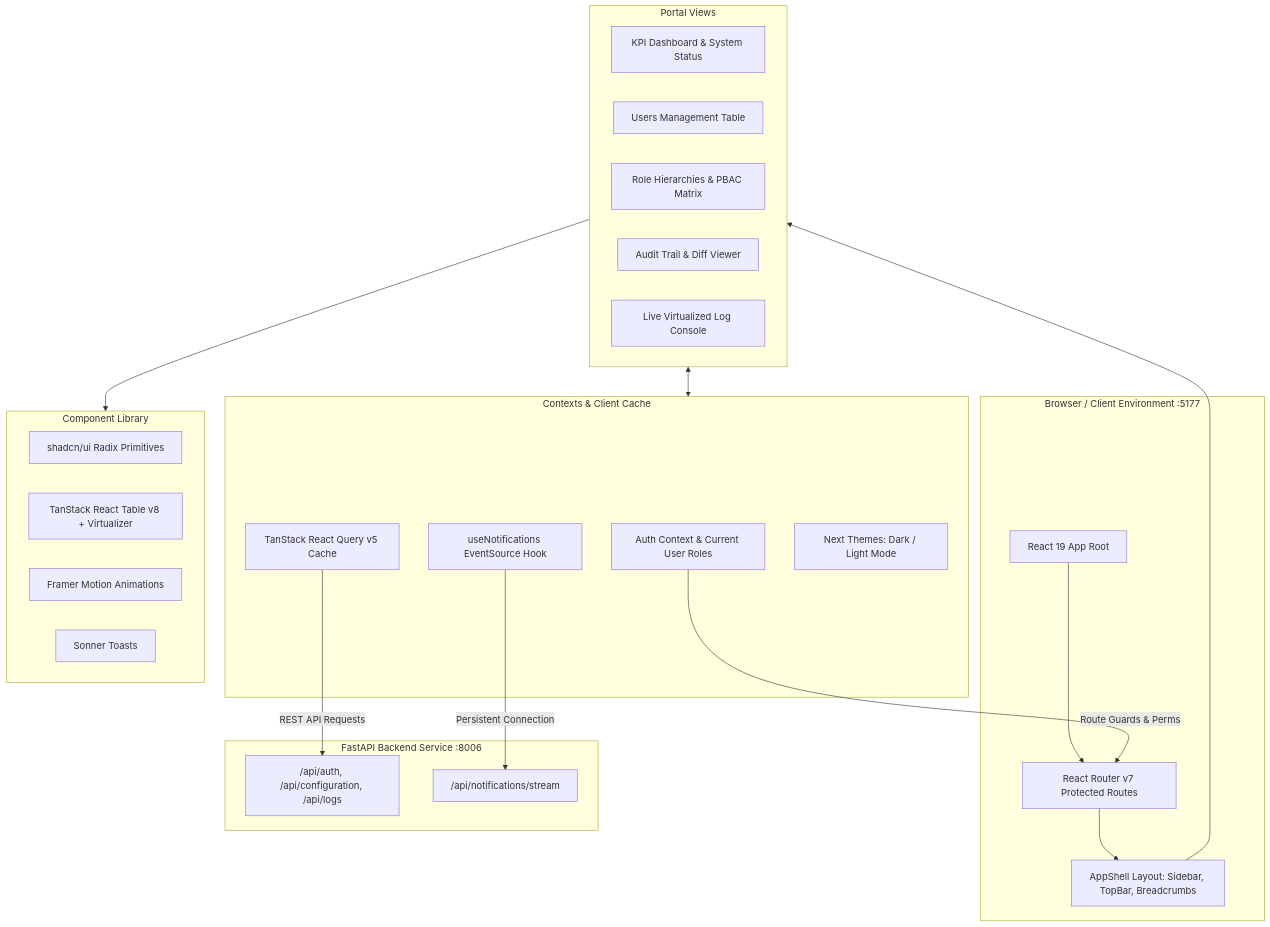
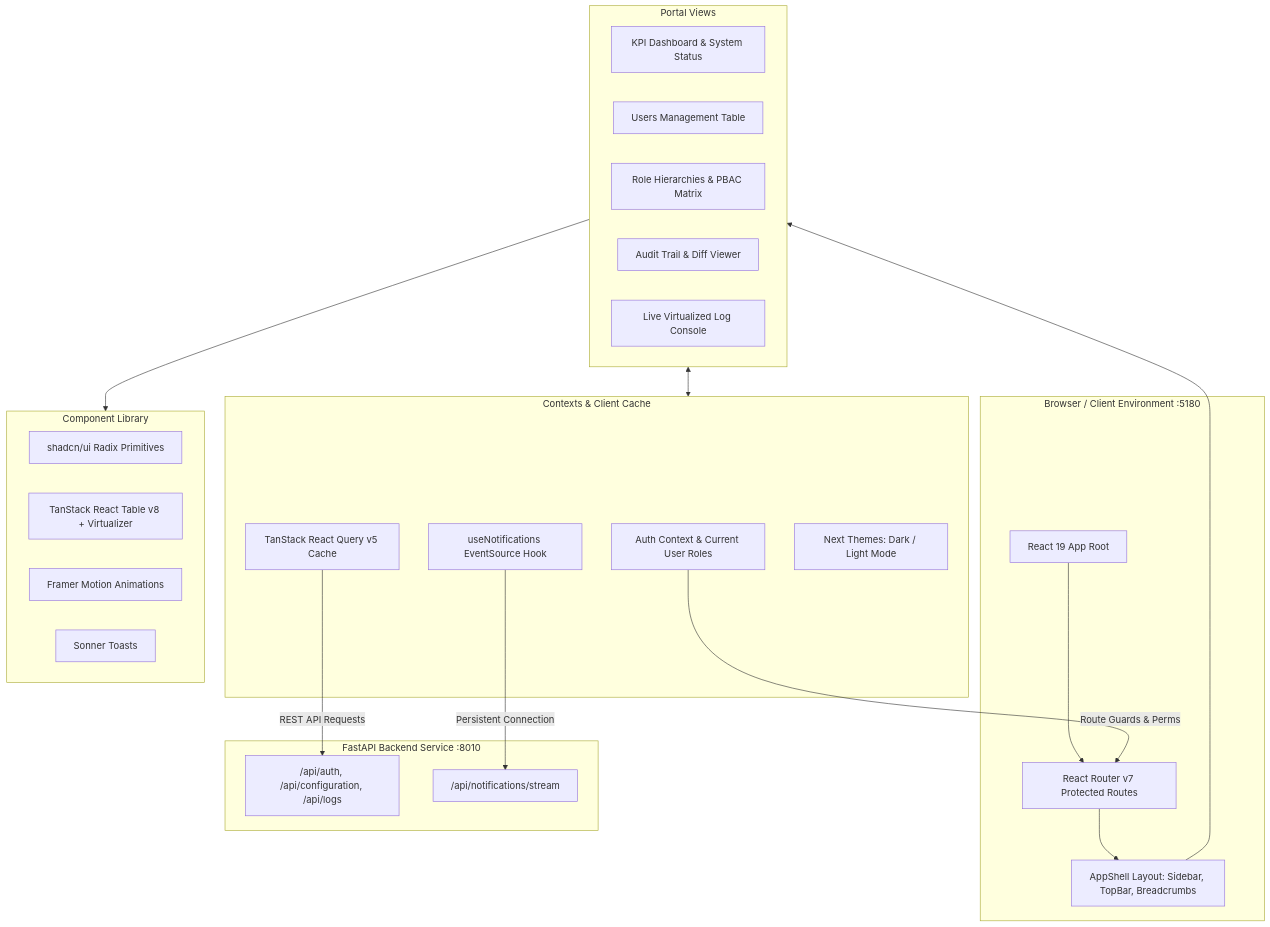
The diagram in README.md (Rachad-Zenatech/internal_portal_marketing_front), drawn with Mermaid before and after one commit. The commit also changed other lines of this file and 8 other files, not shown here.

Commit message:
feat: add android runner scripts, update api port to 8010, and implement universal environment helper

````diff
--- a/README.md
+++ b/README.md
@@ -9,45 +9,45 @@
 ```mermaid
 flowchart TD
-    subgraph BrowserClient [Browser / Client Environment :5177]
+    subgraph BrowserClient [Browser / Client Environment :5180]
         AppRoot[React 19 App Root]
         AuthRouter[React Router v7 Protected Routes]
         AppShellLayout[AppShell Layout: Sidebar, TopBar, Breadcrumbs]
     end
 
     subgraph StateAndProviders [Contexts & Client Cache]
         AuthContext[Auth Context & Current User Roles]
         QueryClient[TanStack React Query v5 Cache]
         SSEClient[useNotifications EventSource Hook]
         ThemeEngine[Next Themes: Dark / Light Mode]
     end
 
     subgraph ViewsAndPages [Portal Views]
         DashboardView[KPI Dashboard & System Status]
         UserManagement[Users Management Table]
         RoleManagement[Role Hierarchies & PBAC Matrix]
         AuditLogsView[Audit Trail & Diff Viewer]
         SystemLogsView[Live Virtualized Log Console]
     end
 
     subgraph UIComponents [Component Library]
         ShadcnPrimitives[shadcn/ui Radix Primitives]
         VirtualTable[TanStack React Table v8 + Virtualizer]
         MotionComponents[Framer Motion Animations]
         ToastNotifications[Sonner Toasts]
     end
 
-    subgraph BackendAPI [FastAPI Backend Service :8006]
+    subgraph BackendAPI [FastAPI Backend Service :8010]
         RestAPI["/api/auth, /api/configuration, /api/logs"]
         SSEStream["/api/notifications/stream"]
     end
 
     AppRoot --> AuthRouter
     AuthRouter --> AppShellLayout
     AppShellLayout --> ViewsAndPages
     ViewsAndPages --> UIComponents
 
     ViewsAndPages <--> StateAndProviders
     AuthContext -->|Route Guards & Perms| AuthRouter
     QueryClient -->|REST API Requests| RestAPI
     SSEClient -->|Persistent Connection| SSEStream
 ```
````
